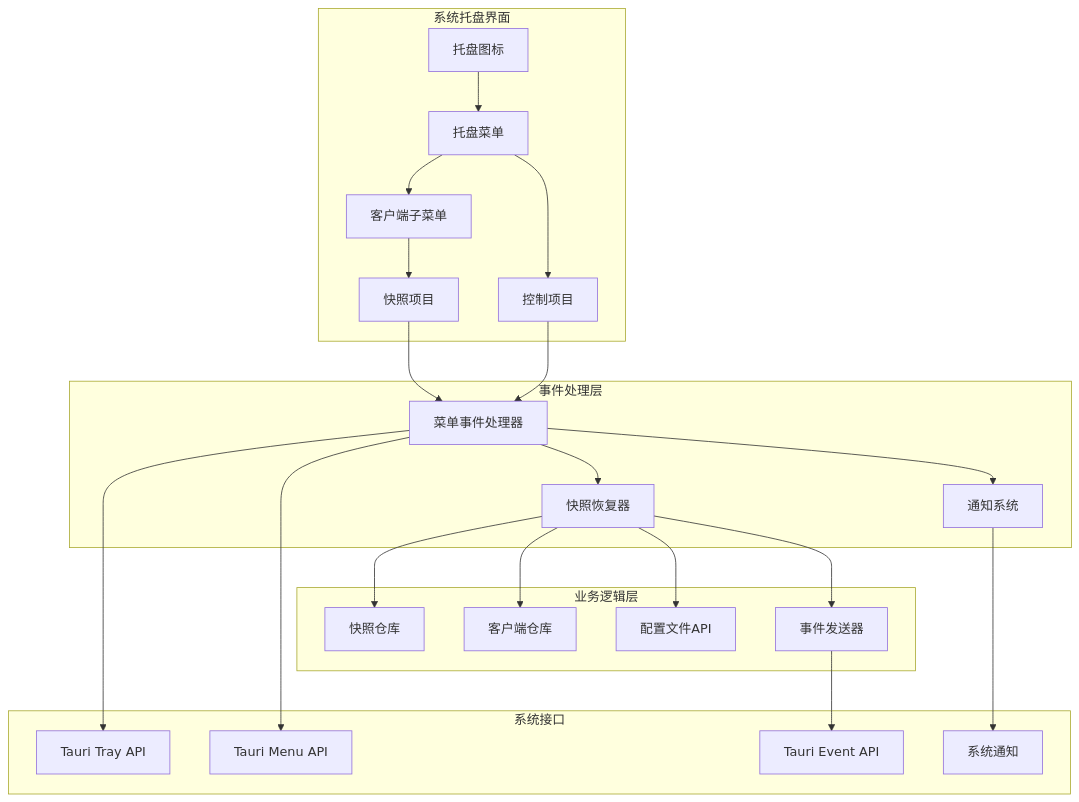
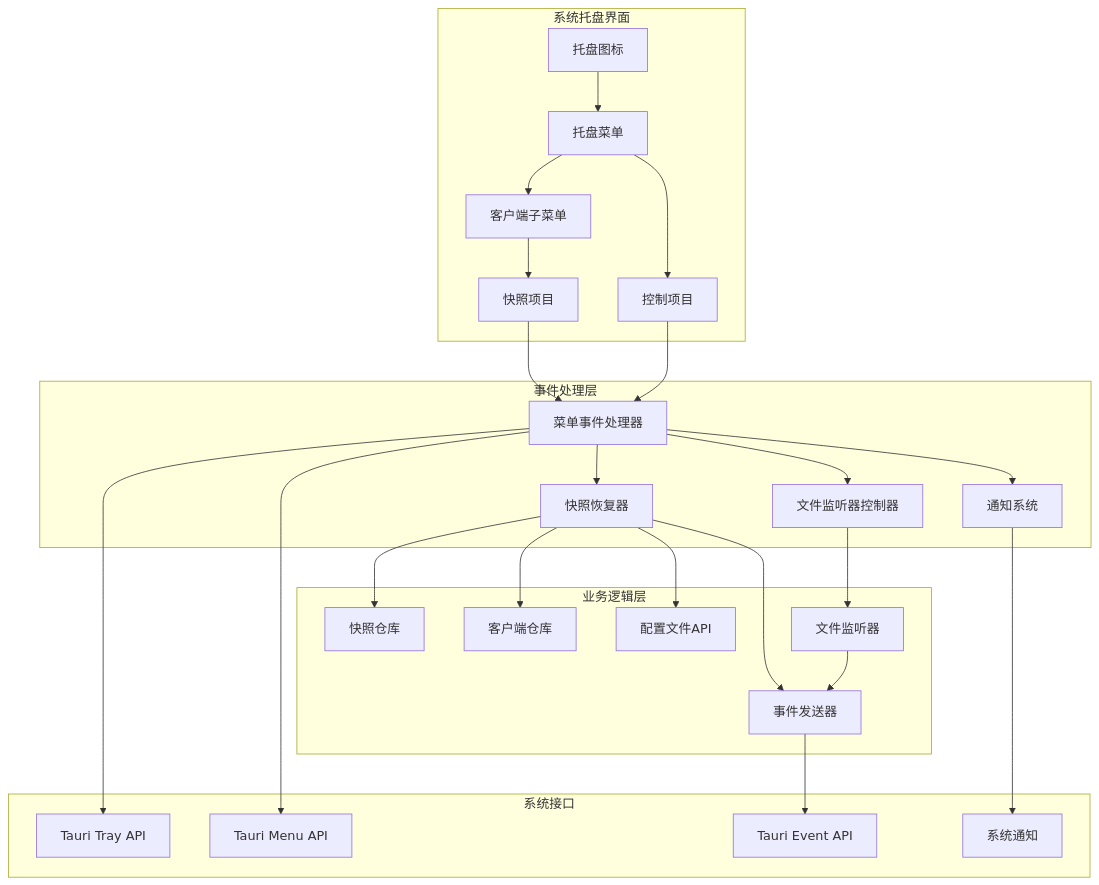
The diagram in llmdoc/modules/system-tray-module.md (ppyyr/SystemPromptVault), drawn with Mermaid before and after one commit. The commit also changed other lines of this file and 13 other files, not shown here.

````diff
--- a/llmdoc/modules/system-tray-module.md
+++ b/llmdoc/modules/system-tray-module.md
@@ -11,50 +11,55 @@
 ```mermaid
 graph TB
     subgraph "系统托盘界面"
         TrayIcon[托盘图标]
         TrayMenu[托盘菜单]
         ClientSubmenus[客户端子菜单]
         SnapshotItems[快照项目]
         ControlItems[控制项目]
     end
 
     subgraph "事件处理层"
         MenuEventHandler[菜单事件处理器]
         SnapshotRestorer[快照恢复器]
+        FileWatcherController[文件监听器控制器]
         NotificationSystem[通知系统]
     end
 
     subgraph "业务逻辑层"
         SnapshotRepo[快照仓库]
         ClientRepo[客户端仓库]
         ConfigFileAPI[配置文件API]
+        ConfigFileWatcher[文件监听器]
         EventEmit[事件发送器]
     end
 
     subgraph "系统接口"
         TauriTrayAPI[Tauri Tray API]
         TauriMenuAPI[Tauri Menu API]
         TauriEventAPI[Tauri Event API]
         SystemNotification[系统通知]
     end
 
     TrayIcon --> TrayMenu
     TrayMenu --> ClientSubmenus
     ClientSubmenus --> SnapshotItems
     TrayMenu --> ControlItems
 
     SnapshotItems --> MenuEventHandler
     ControlItems --> MenuEventHandler
     MenuEventHandler --> SnapshotRestorer
+    MenuEventHandler --> FileWatcherController
     MenuEventHandler --> NotificationSystem
 
     SnapshotRestorer --> SnapshotRepo
     SnapshotRestorer --> ClientRepo
     SnapshotRestorer --> ConfigFileAPI
+    FileWatcherController --> ConfigFileWatcher
     SnapshotRestorer --> EventEmit
+    ConfigFileWatcher --> EventEmit
 
     MenuEventHandler --> TauriTrayAPI
     MenuEventHandler --> TauriMenuAPI
     EventEmit --> TauriEventAPI
     NotificationSystem --> SystemNotification
 ```
````
